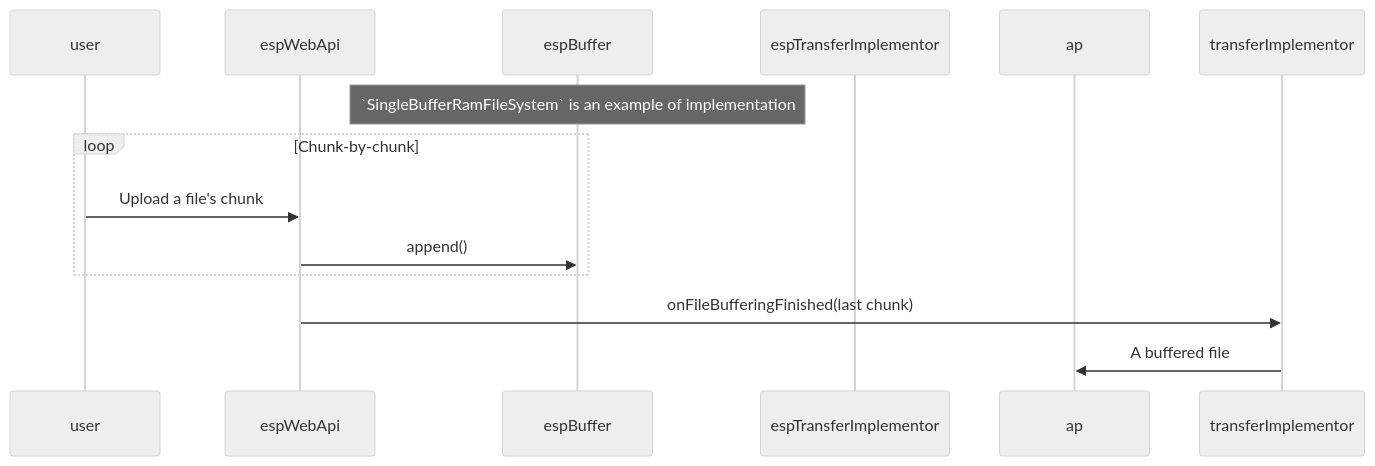
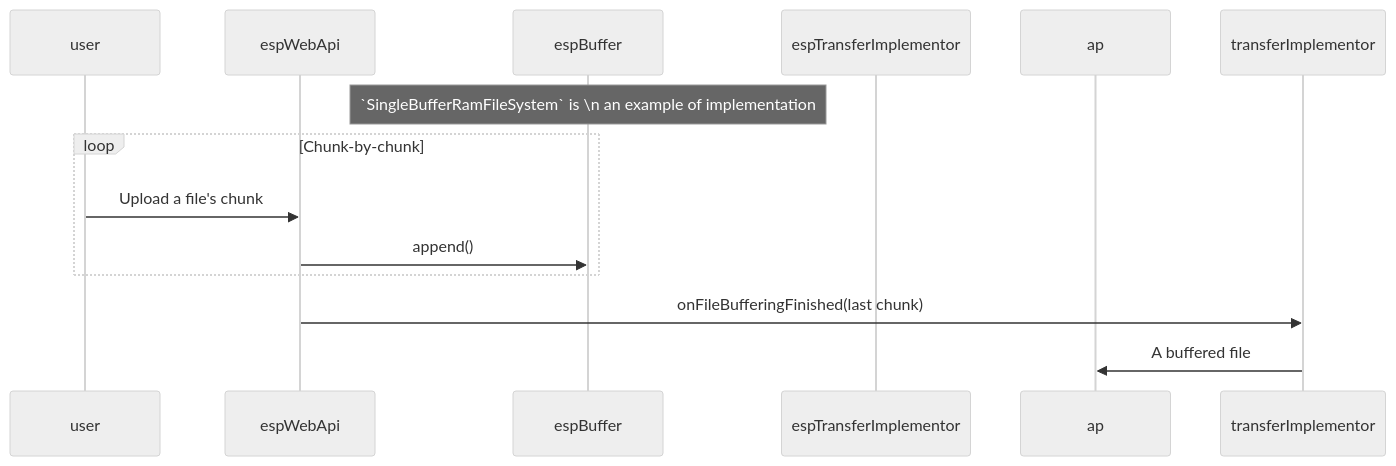
One commit to geoscan/Esp32Cam changed the diagram in components/buffered_file_transfer/README.md. Above: the diagram before and after it, drawn with Mermaid (neutral theme).

Commit message:
[buffered_file_transfer:README] Ref |

````diff
--- a/components/buffered_file_transfer/README.md
+++ b/components/buffered_file_transfer/README.md
@@ -31,18 +31,18 @@
 ```mermaid
 sequenceDiagram
     participant user
     participant espWebApi
     participant espBuffer
     participant espTransferImplementor
     participant ap
 
-    note over espBuffer: `SingleBufferRamFileSystem` is an example of implementation
+    note over espBuffer: `SingleBufferRamFileSystem` is \n an example of implementation
 
     loop Chunk-by-chunk
         user->>espWebApi: Upload a file's chunk
         espWebApi->>espBuffer: append()
     end
 
     espWebApi->>transferImplementor: onFileBufferingFinished(last chunk)
     transferImplementor->>ap: A buffered file
 ```
````
